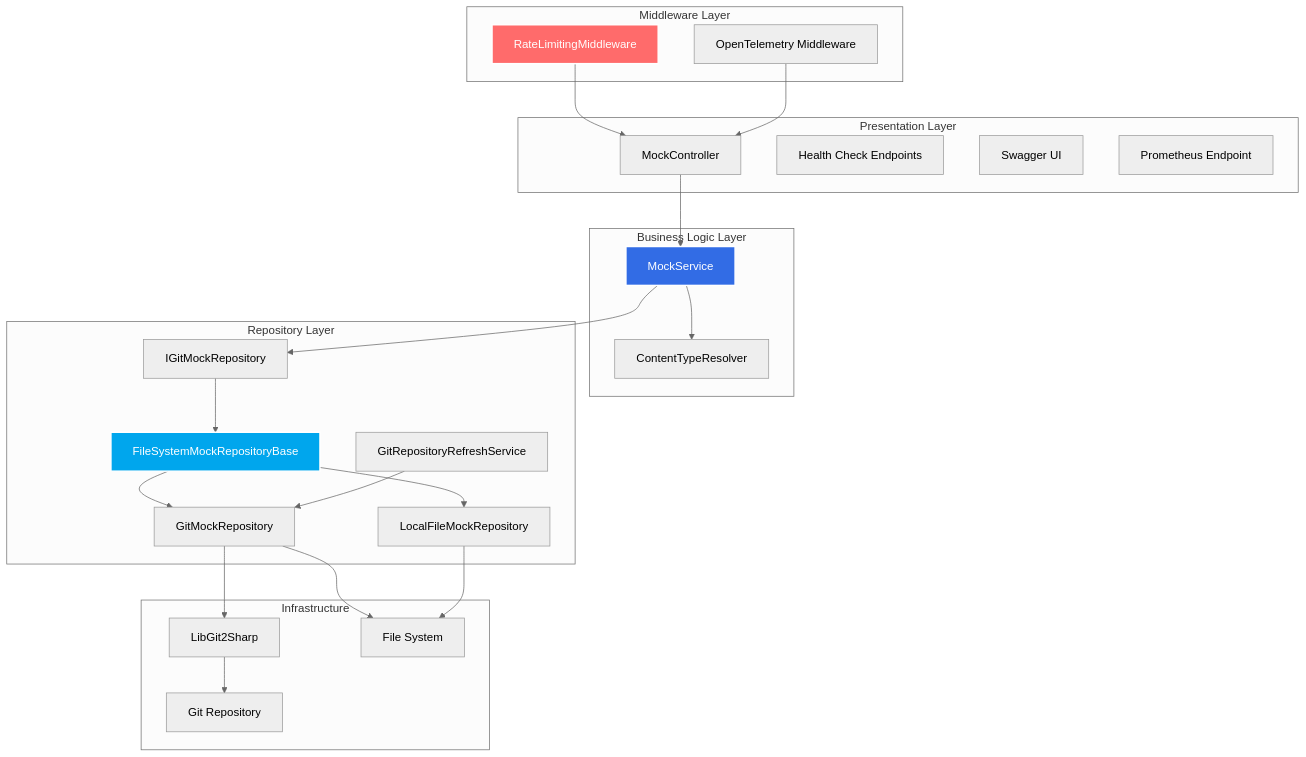
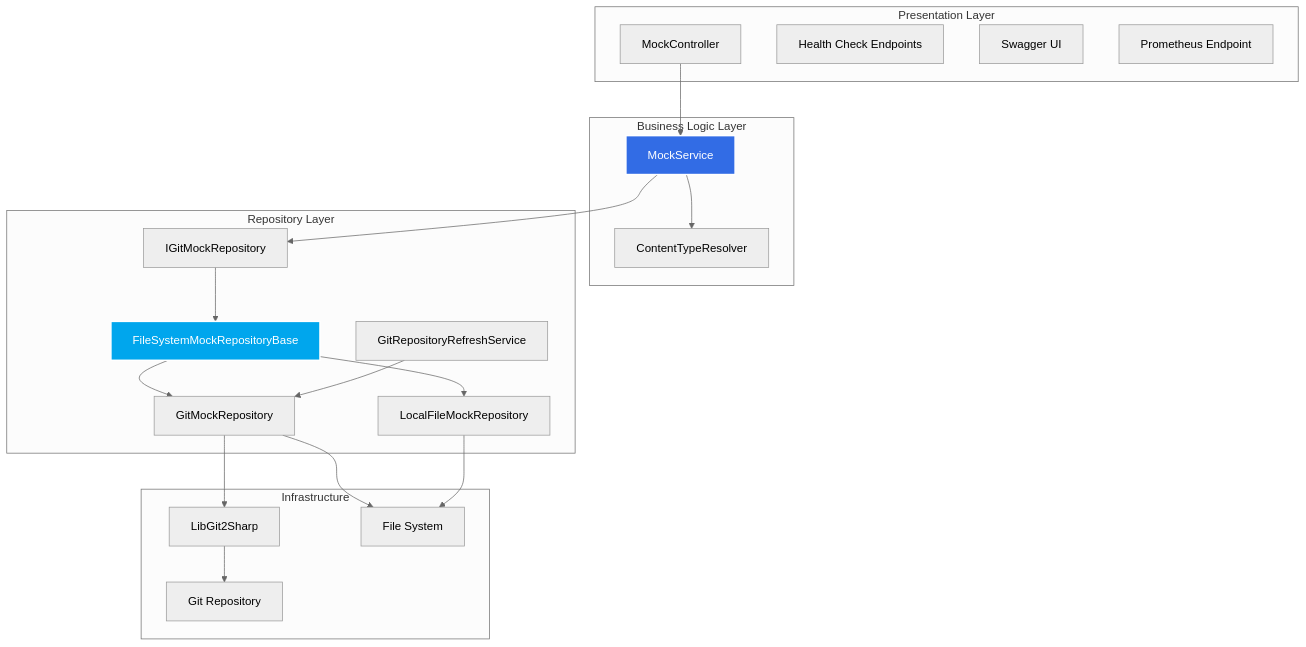
One commit to busadave13/Mockery changed the second of 4 diagrams in .docs/mockery-design.md. Above: the diagram before and after it, drawn with Mermaid (neutral theme). The commit also changed other lines of this file and 5 other files, not shown here.

````diff
--- a/.docs/mockery-design.md
+++ b/.docs/mockery-design.md
@@ -989,55 +904,46 @@
 ```mermaid
 graph TB
-    subgraph "Middleware Layer"
-        RateLimiting[RateLimitingMiddleware]
-        OTEL[OpenTelemetry Middleware]
-    end
-
     subgraph "Presentation Layer"
         MockCtrl[MockController]
         HealthChecks[Health Check Endpoints]
         Swagger[Swagger UI]
         Prometheus[Prometheus Endpoint]
     end
 
     subgraph "Business Logic Layer"
         MockService[MockService]
         ContentTypeResolver[ContentTypeResolver]
     end
 
     subgraph "Repository Layer"
         RepoInterface[IGitMockRepository]
         BaseRepo[FileSystemMockRepositoryBase]
         GitRepo[GitMockRepository]
         LocalRepo[LocalFileMockRepository]
         RefreshService[GitRepositoryRefreshService]
     end
 
     subgraph "Infrastructure"
         LibGit2[LibGit2Sharp]
         FileSystem[File System]
         GitRemote[Git Repository]
     end
 
-    RateLimiting --> MockCtrl
-    OTEL --> MockCtrl
-    
     MockCtrl --> MockService
     MockService --> RepoInterface
     MockService --> ContentTypeResolver
 
     RepoInterface --> BaseRepo
     BaseRepo --> GitRepo
     BaseRepo --> LocalRepo
 
     GitRepo --> LibGit2
     GitRepo --> FileSystem
     LocalRepo --> FileSystem
     RefreshService --> GitRepo
 
     LibGit2 --> GitRemote
 
-    style RateLimiting fill:#FF6B6B,stroke:#fff,stroke-width:2px,color:#fff
     style MockService fill:#326CE5,stroke:#fff,stroke-width:2px,color:#fff
     style BaseRepo fill:#00A6ED,stroke:#fff,stroke-width:2px,color:#fff
 ```
````
